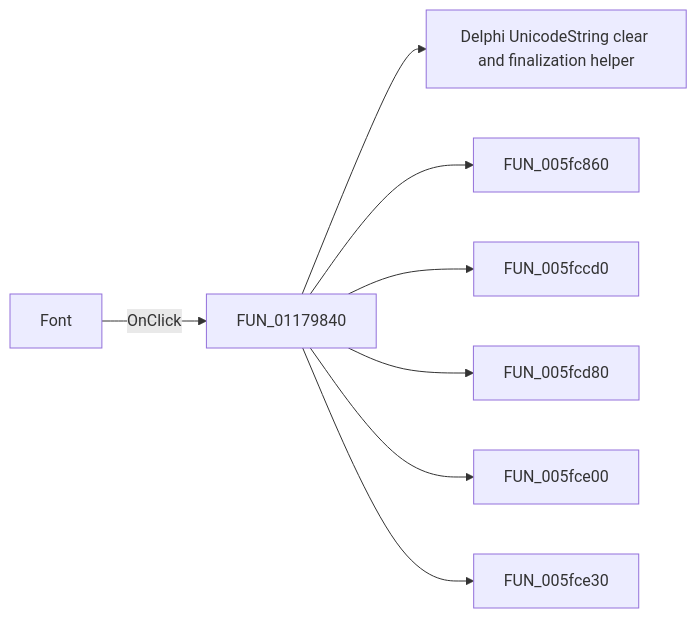
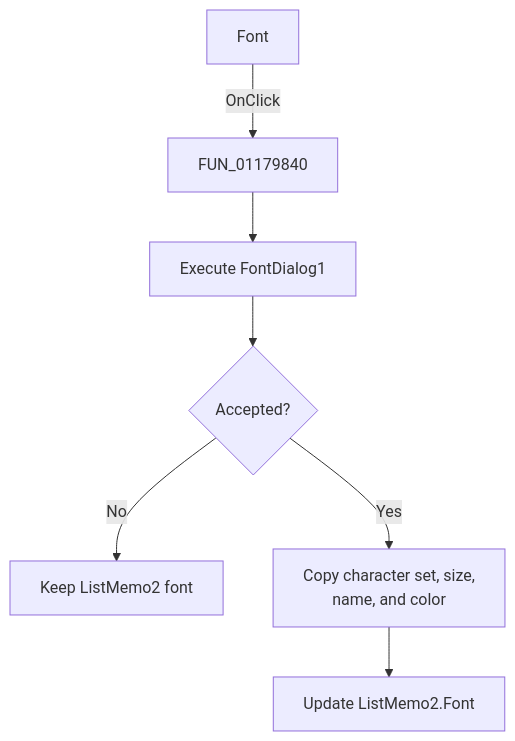
One commit to MovGP0/TIARA changed the diagram in docs/ui-controls/response-form1/fonttype5-f4be3e8c9e.md. Above: the diagram before and after it, drawn with Mermaid. The commit also changed other lines of this file and 1062 other files, not shown here.

````diff
--- a/docs/ui-controls/response-form1/fonttype5-f4be3e8c9e.md
+++ b/docs/ui-controls/response-form1/fonttype5-f4be3e8c9e.md
@@ -27,10 +27,9 @@
 ```mermaid
-flowchart LR
+flowchart TD
     control["Font"] -->|OnClick| handler["FUN_01179840"]
-    handler --> call1["Delphi UnicodeString clear and finalization helper"]
-    handler --> call2["FUN_005fc860"]
-    handler --> call3["FUN_005fccd0"]
-    handler --> call4["FUN_005fcd80"]
-    handler --> call5["FUN_005fce00"]
-    handler --> call6["FUN_005fce30"]
+    handler --> dialog["Execute FontDialog1"]
+    dialog --> accepted{"Accepted?"}
+    accepted -->|No| keep["Keep ListMemo2 font"]
+    accepted -->|Yes| copy["Copy character set, size,<br/>name, and color"]
+    copy --> target["Update ListMemo2.Font"]
 ```
````
